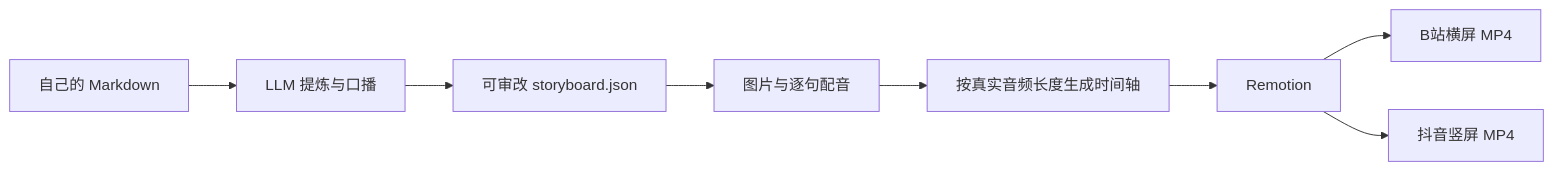
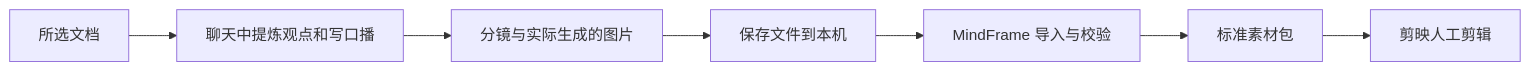
The diagram in README.md (XiaoWeiKIN/MindFrame), drawn with Mermaid before and after one commit. The commit also changed other lines of this file and 13 other files, not shown here.

````diff
--- a/README.md
+++ b/README.md
@@ -8,10 +10,9 @@
 ```mermaid
 flowchart LR
-  A[自己的 Markdown] --> B[LLM 提炼与口播]
-  B --> C[可审改 storyboard.json]
-  C --> D[图片与逐句配音]
-  D --> E[按真实音频长度生成时间轴]
-  E --> F[Remotion]
-  F --> G[B站横屏 MP4]
-  F --> H[抖音竖屏 MP4]
+  A[所选文档] --> B[聊天中提炼观点和写口播]
+  B --> C[分镜与实际生成的图片]
+  C --> D[保存文件到本机]
+  D --> E[MindFrame 导入与校验]
+  E --> F[标准素材包]
+  F --> G[剪映人工剪辑]
 ```
````
